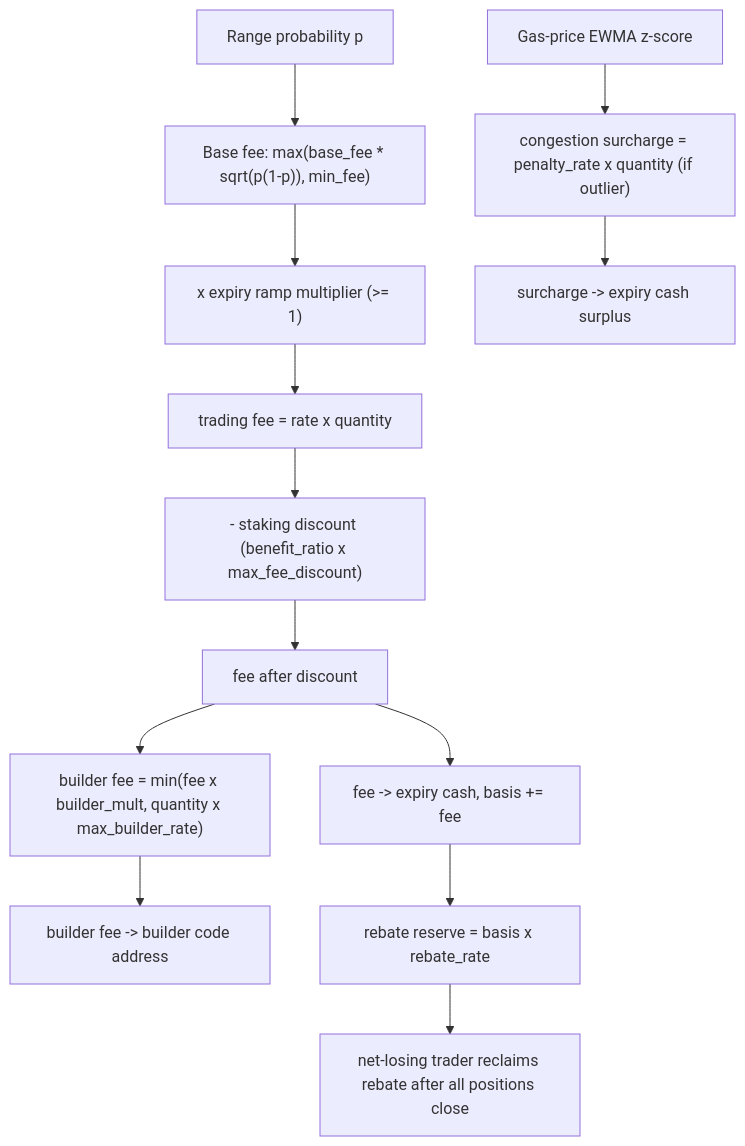
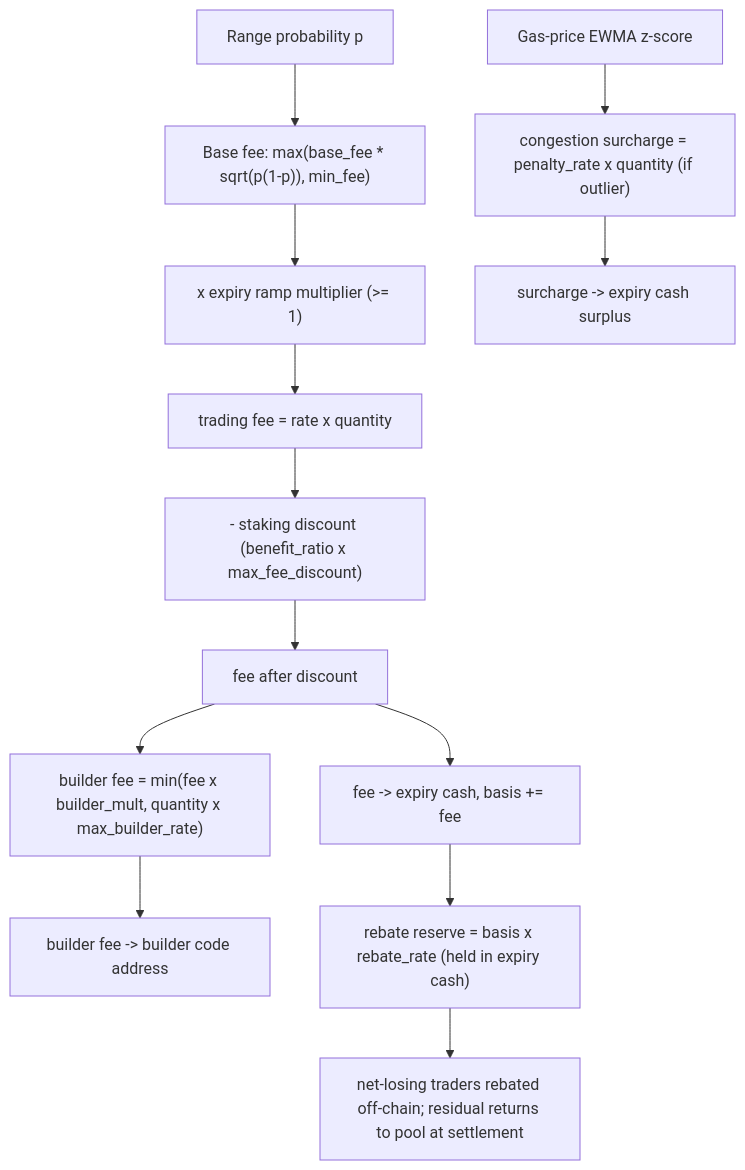
Before and after one commit to MystenLabs/deepbookv3: the diagram in packages/predict/docs/concepts/fees-and-rebates.md, drawn with Mermaid. The commit also changed other lines of this file and 16 other files, not shown here.

````diff
--- a/packages/predict/docs/concepts/fees-and-rebates.md
+++ b/packages/predict/docs/concepts/fees-and-rebates.md
@@ -157,15 +153,15 @@
 ```mermaid
 flowchart TD
     P[Range probability p] --> BF["Base fee: max(base_fee * sqrt(p(1-p)), min_fee)"]
     BF --> RAMP["x expiry ramp multiplier (>= 1)"]
     RAMP --> FEE[trading fee = rate x quantity]
     FEE --> DISC["- staking discount (benefit_ratio x max_fee_discount)"]
     DISC --> NETFEE[fee after discount]
     NETFEE --> BUILD["builder fee = min(fee x builder_mult, quantity x max_builder_rate)"]
     GAS[Gas-price EWMA z-score] --> CONG["congestion surcharge = penalty_rate x quantity (if outlier)"]
     NETFEE --> COLLECT[fee -> expiry cash, basis += fee]
     BUILD --> BUILDER[builder fee -> builder code address]
     CONG --> SURPLUS[surcharge -> expiry cash surplus]
-    COLLECT --> RESERVE["rebate reserve = basis x rebate_rate"]
-    RESERVE --> CLAIM[net-losing trader reclaims rebate after all positions close]
+    COLLECT --> RESERVE["rebate reserve = basis x rebate_rate (held in expiry cash)"]
+    RESERVE --> OFFCHAIN[net-losing traders rebated off-chain; residual returns to pool at settlement]
 ```
````
